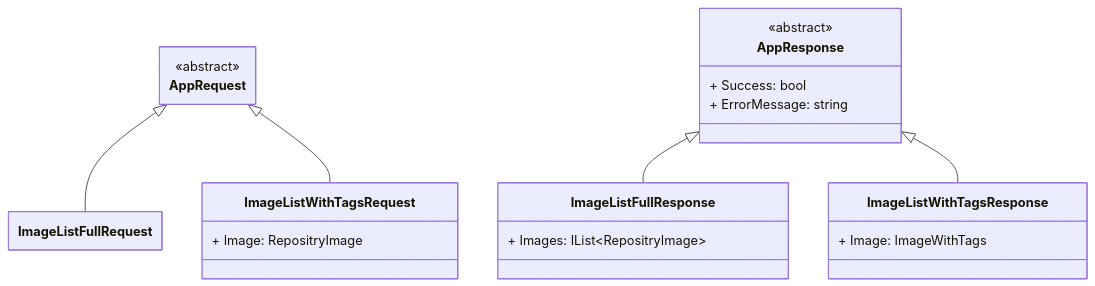
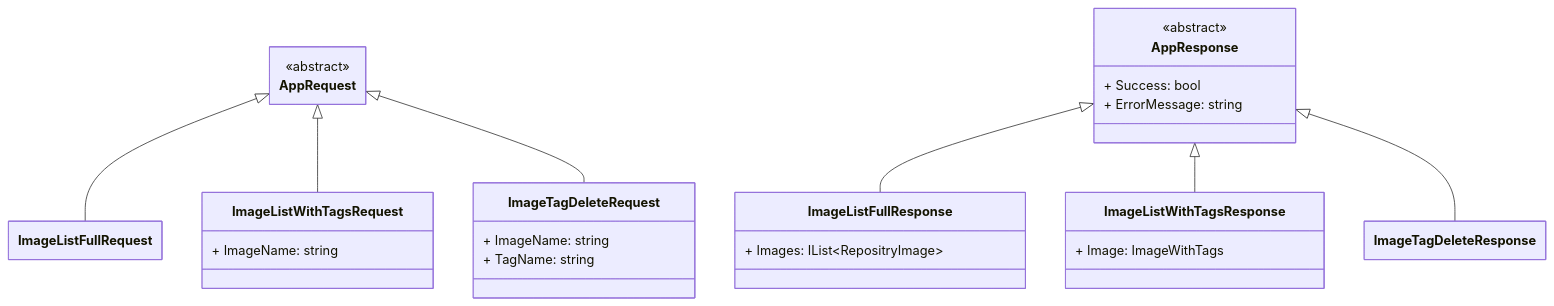
Before and after one commit to sdlfly2000/RegistryManager: the second of 2 diagrams in UML/Application.Service.Image.md, drawn with Mermaid. The commit also changed other lines of this file and 13 other files, not shown here.

````diff
--- a/UML/Application.Service.Image.md
+++ b/UML/Application.Service.Image.md
@@ -29,40 +38,51 @@
 ```mermaid
 ---
 config:
     class:
         hideEmptyMembersBox: true
 ---
     classDiagram
 
         class AppRequest {
             <<abstract>>
         }
 
         class AppResponse {
             <<abstract>>
             + Success: bool
             + ErrorMessage: string
         }
     
         class ImageListFullRequest {
         }
 
         class ImageListWithTagsRequest {
-            + Image: RepositryImage
+            + ImageName: string
+        }
+
+        class ImageTagDeleteRequest{
+            + ImageName: string
+            + TagName: string
         }
 
         class ImageListFullResponse{
             + Images: IList~RepositryImage~
         }
 
         class ImageListWithTagsResponse{
             + Image: ImageWithTags
         }
 
+        class ImageTagDeleteResponse{
+        }
+
+
         %%{relationship}%%
         AppRequest <|-- ImageListFullRequest
         AppResponse <|--ImageListFullResponse
         AppRequest <|-- ImageListWithTagsRequest
         AppResponse <|--ImageListWithTagsResponse
+        AppRequest <|-- ImageTagDeleteRequest
+        AppResponse <|--ImageTagDeleteResponse
 
 ```
````
